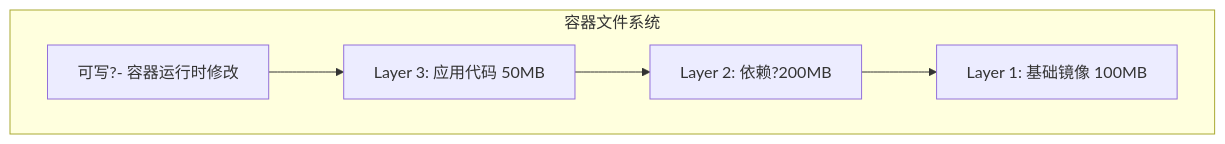
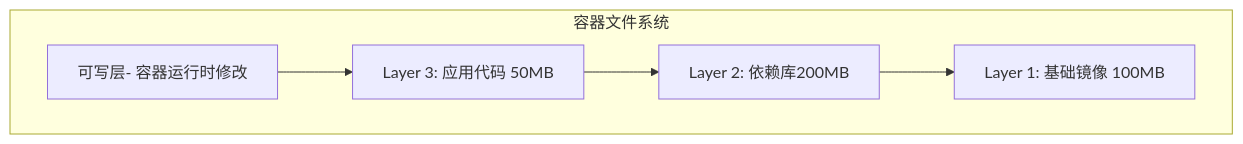
Before and after one commit to DongXYstdu/software-fundamentals: the third of 7 diagrams in _posts/2026-05-06-DevOps-容器化与Kubernetes.md, drawn with Mermaid. The commit also changed other lines of this file and 1 other file, not shown here.

````diff
--- a/_posts/2026-05-06-DevOps-容器化与Kubernetes.md
+++ b/_posts/2026-05-06-DevOps-容器化与Kubernetes.md
@@ -101,13 +101,13 @@
 ```mermaid
 graph TB
     subgraph 容器文件系统
-        RW[可写?- 容器运行时修改]
+        RW[可写层- 容器运行时修改]
         L3[Layer 3: 应用代码 50MB]
-        L2[Layer 2: 依赖?200MB]
+        L2[Layer 2: 依赖库200MB]
         L1[Layer 1: 基础镜像 100MB]
     end
 
     RW --> L3
     L3 --> L2
     L2 --> L1
 ```
````
